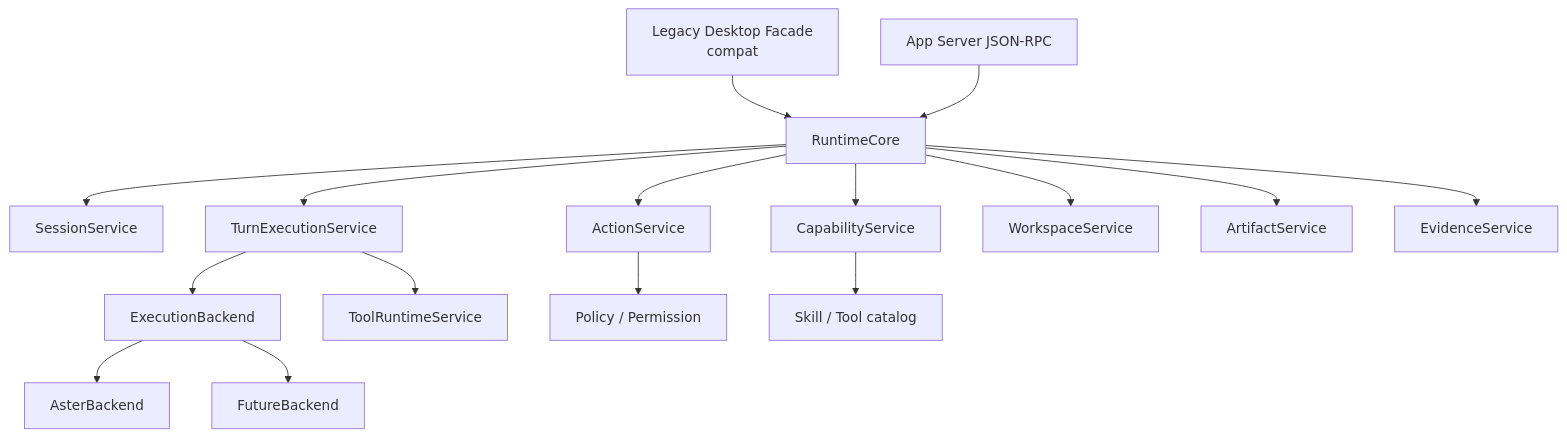
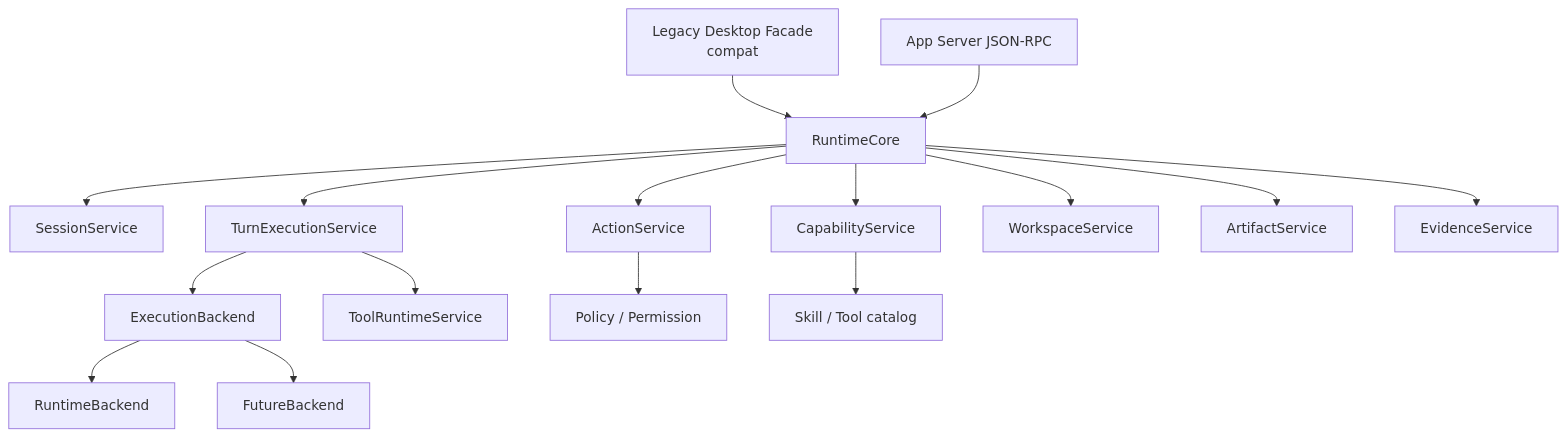
The diagram in internal/roadmap/appserver/service-extraction.md (jiujuan/lime), drawn with Mermaid before and after one commit. The commit also changed other lines of this file and 975 other files, not shown here.

````diff
--- a/internal/roadmap/appserver/service-extraction.md
+++ b/internal/roadmap/appserver/service-extraction.md
@@ -36,20 +36,20 @@
 ```mermaid
 flowchart TB
     DesktopFacade["Legacy Desktop Facade<br/>compat"] --> Facade["RuntimeCore"]
     Server["App Server JSON-RPC"] --> Facade
 
     Facade --> Session["SessionService"]
     Facade --> Turn["TurnExecutionService"]
     Facade --> Action["ActionService"]
     Facade --> Capability["CapabilityService"]
     Facade --> Workspace["WorkspaceService"]
     Facade --> Artifact["ArtifactService"]
     Facade --> Evidence["EvidenceService"]
 
     Turn --> Backend["ExecutionBackend"]
-    Backend --> Aster["AsterBackend"]
+    Backend --> Agent["RuntimeBackend"]
     Backend --> Future["FutureBackend"]
     Turn --> Tool["ToolRuntimeService"]
     Action --> Policy["Policy / Permission"]
     Capability --> Skills["Skill / Tool catalog"]
 ```
````
